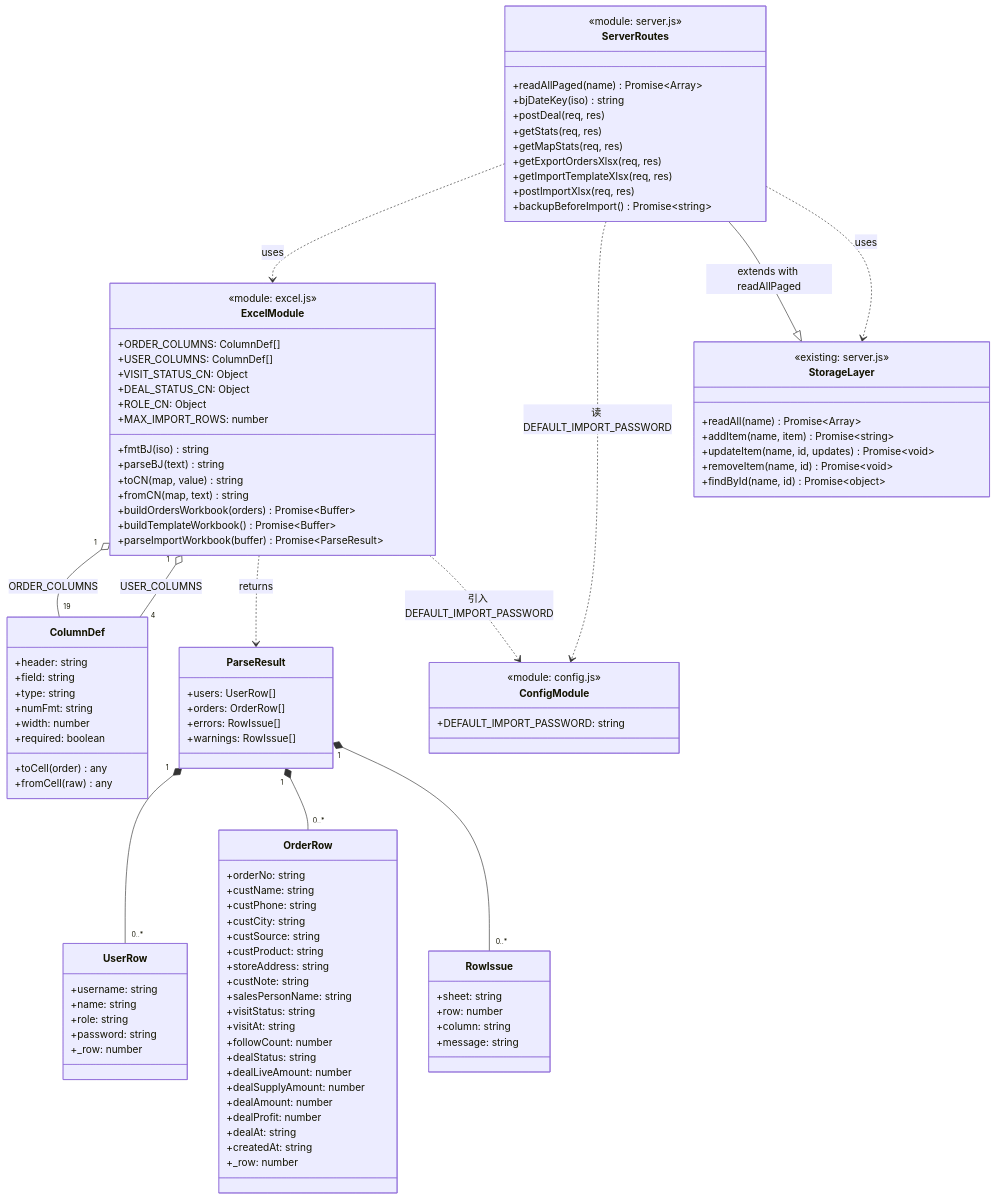
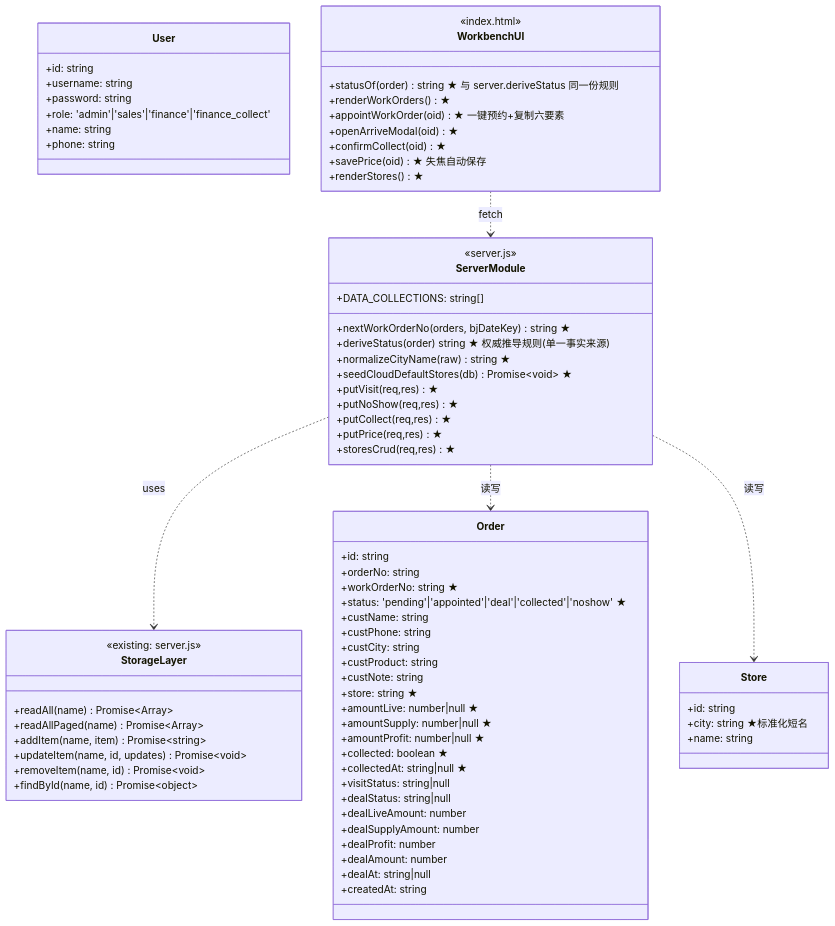
One commit to shujinking/sales-order-system changed the diagram in docs/class-diagram.mermaid. Above: the diagram before and after it, drawn with Mermaid. The commit also changed 8 other files, not shown here.

```diff
--- a/docs/class-diagram.mermaid
+++ b/docs/class-diagram.mermaid
@@ -1,115 +1,78 @@
-%% 销售订单系统 — 增量变更 模块/类图
-%% excel.js（新增）+ server.js 路由层 + 既有存储抽象层
+%% 销售订单系统 — 「订单→工单」增量 类图
+%% ★ 为本增量新增成员；其余为既有代码（保留仅列出与本增量相关部分）
 
 classDiagram
-    class ExcelModule {
-        <<module: excel.js>>
-        +ORDER_COLUMNS: ColumnDef[]
-        +USER_COLUMNS: ColumnDef[]
-        +VISIT_STATUS_CN: Object
-        +DEAL_STATUS_CN: Object
-        +ROLE_CN: Object
-        +MAX_IMPORT_ROWS: number
-        +fmtBJ(iso) string
-        +parseBJ(text) string
-        +toCN(map, value) string
-        +fromCN(map, text) string
-        +buildOrdersWorkbook(orders) Promise~Buffer~
-        +buildTemplateWorkbook() Promise~Buffer~
-        +parseImportWorkbook(buffer) Promise~ParseResult~
-    }
-
-    class ConfigModule {
-        <<module: config.js>>
-        +DEFAULT_IMPORT_PASSWORD: string
-    }
-
-    class ColumnDef {
-        +header: string
-        +field: string
-        +type: string
-        +numFmt: string
-        +width: number
-        +required: boolean
-        +toCell(order) any
-        +fromCell(raw) any
-    }
-
-    class ParseResult {
-        +users: UserRow[]
-        +orders: OrderRow[]
-        +errors: RowIssue[]
-        +warnings: RowIssue[]
-    }
-
-    class RowIssue {
-        +sheet: string
-        +row: number
-        +column: string
-        +message: string
-    }
-
-    class UserRow {
-        +username: string
-        +name: string
-        +role: string
-        +password: string
-        +_row: number
-    }
-
-    class OrderRow {
+    class Order {
+        +id: string
         +orderNo: string
+        +workOrderNo: string  ★
+        +status: 'pending'|'appointed'|'deal'|'collected'|'noshow'  ★
         +custName: string
         +custPhone: string
         +custCity: string
-        +custSource: string
         +custProduct: string
-        +storeAddress: string
         +custNote: string
-        +salesPersonName: string
-        +visitStatus: string
-        +visitAt: string
-        +followCount: number
-        +dealStatus: string
+        +store: string  ★
+        +amountLive: number|null  ★
+        +amountSupply: number|null  ★
+        +amountProfit: number|null  ★
+        +collected: boolean  ★
+        +collectedAt: string|null  ★
+        +visitStatus: string|null
+        +dealStatus: string|null
         +dealLiveAmount: number
         +dealSupplyAmount: number
+        +dealProfit: number
         +dealAmount: number
-        +dealProfit: number
-        +dealAt: string
+        +dealAt: string|null
         +createdAt: string
-        +_row: number
     }
-
-    class ServerRoutes {
-        <<module: server.js>>
-        +readAllPaged(name) Promise~Array~
-        +bjDateKey(iso) string
-        +postDeal(req, res)
-        +getStats(req, res)
-        +getMapStats(req, res)
-        +getExportOrdersXlsx(req, res)
-        +getImportTemplateXlsx(req, res)
-        +postImportXlsx(req, res)
-        +backupBeforeImport() Promise~string~
+    class Store {
+        +id: string
+        +city: string  ★标准化短名
+        +name: string
     }
-
+    class User {
+        +id: string
+        +username: string
+        +password: string
+        +role: 'admin'|'sales'|'finance'|'finance_collect'
+        +name: string
+        +phone: string
+    }
+    class ServerModule {
+        <<server.js>>
+        +DATA_COLLECTIONS: string[]
+        +nextWorkOrderNo(orders, bjDateKey) string  ★
+        +deriveStatus(order) string  ★ 权威推导规则(单一事实来源)
+        +normalizeCityName(raw) string  ★
+        +seedCloudDefaultStores(db) Promise~void~  ★
+        +putVisit(req,res) ★
+        +putNoShow(req,res) ★
+        +putCollect(req,res) ★
+        +putPrice(req,res) ★
+        +storesCrud(req,res) ★
+    }
     class StorageLayer {
         <<existing: server.js>>
         +readAll(name) Promise~Array~
+        +readAllPaged(name) Promise~Array~
         +addItem(name, item) Promise~string~
         +updateItem(name, id, updates) Promise~void~
         +removeItem(name, id) Promise~void~
         +findById(name, id) Promise~object~
     }
-
-    ExcelModule "1" o-- "19" ColumnDef : ORDER_COLUMNS
-    ExcelModule "1" o-- "4"  ColumnDef : USER_COLUMNS
-    ExcelModule ..> ParseResult : returns
-    ParseResult "1" *-- "0..*" UserRow
-    ParseResult "1" *-- "0..*" OrderRow
-    ParseResult "1" *-- "0..*" RowIssue
-    ExcelModule ..> ConfigModule : 引入 DEFAULT_IMPORT_PASSWORD
-    ServerRoutes ..> ExcelModule : uses
-    ServerRoutes ..> ConfigModule : 读 DEFAULT_IMPORT_PASSWORD
-    ServerRoutes --|> StorageLayer : extends with readAllPaged
-    ServerRoutes ..> StorageLayer : uses
+    class WorkbenchUI {
+        <<index.html>>
+        +statusOf(order) string ★ 与 server.deriveStatus 同一份规则
+        +renderWorkOrders() ★
+        +appointWorkOrder(oid) ★ 一键预约+复制六要素
+        +openArriveModal(oid) ★
+        +confirmCollect(oid) ★
+        +savePrice(oid) ★ 失焦自动保存
+        +renderStores() ★
+    }
+    ServerModule ..> StorageLayer : uses
+    ServerModule ..> Order : 读写
+    ServerModule ..> Store : 读写
+    WorkbenchUI ..> ServerModule : fetch
```
